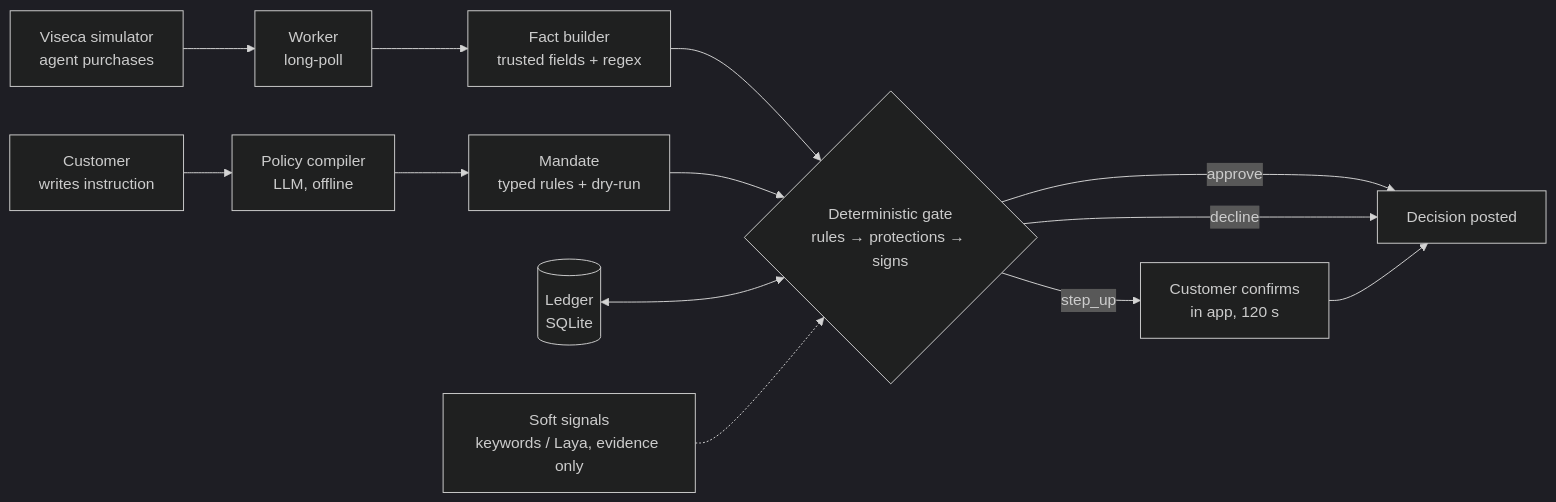
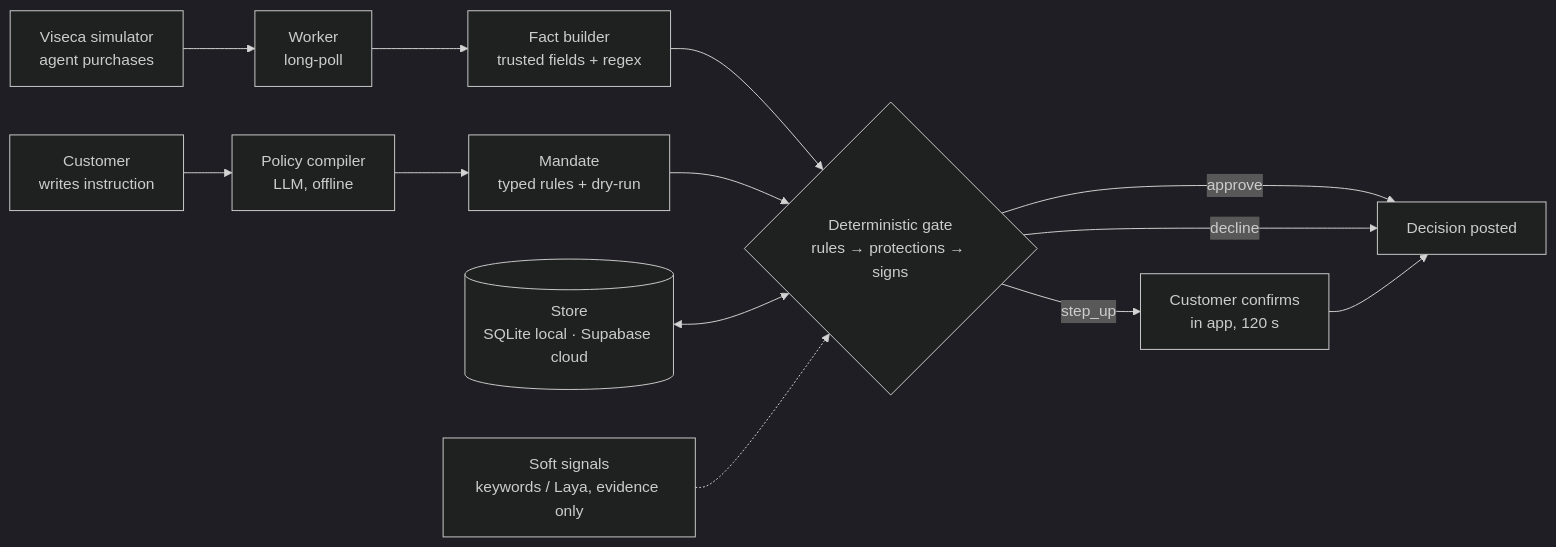
The diagram in docs/architecture.md (MehulMittal27/oneguard), drawn with Mermaid (dark theme) before and after one commit. The commit also changed other lines of this file and 1 other file, not shown here.

Commit message:
docs: last SQLite mentions and full HistoryIndex list

````diff
--- a/docs/architecture.md
+++ b/docs/architecture.md
@@ -6,15 +6,15 @@
 ```mermaid
 flowchart LR
     C[Customer<br/>writes instruction] --> P[Policy compiler<br/>LLM, offline]
     P --> M[Mandate<br/>typed rules + dry-run]
     A[Viseca simulator<br/>agent purchases] --> W[Worker<br/>long-poll]
     W --> F[Fact builder<br/>trusted fields + regex]
     F --> G{Deterministic gate<br/>rules → protections → signs}
     M --> G
-    L[(Ledger<br/>SQLite)] <--> G
+    L[(Store<br/>SQLite local · Supabase cloud)] <--> G
     S[Soft signals<br/>keywords / Laya, evidence only] -.-> G
     G -->|approve| PAY[Decision posted]
     G -->|decline| PAY
     G -->|step_up| U[Customer confirms<br/>in app, 120 s]
     U --> PAY
 ```
````
